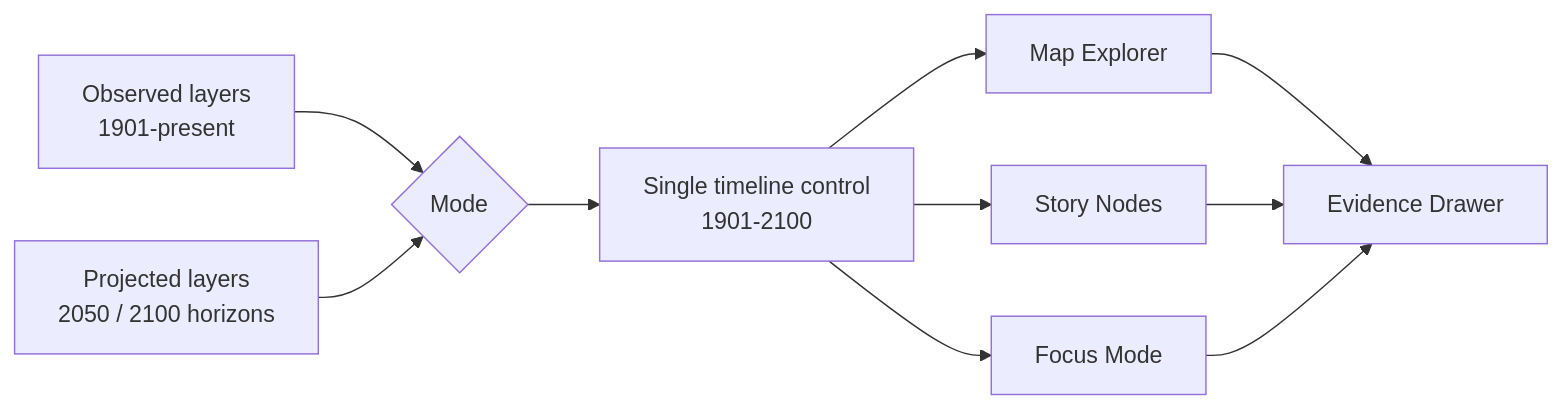
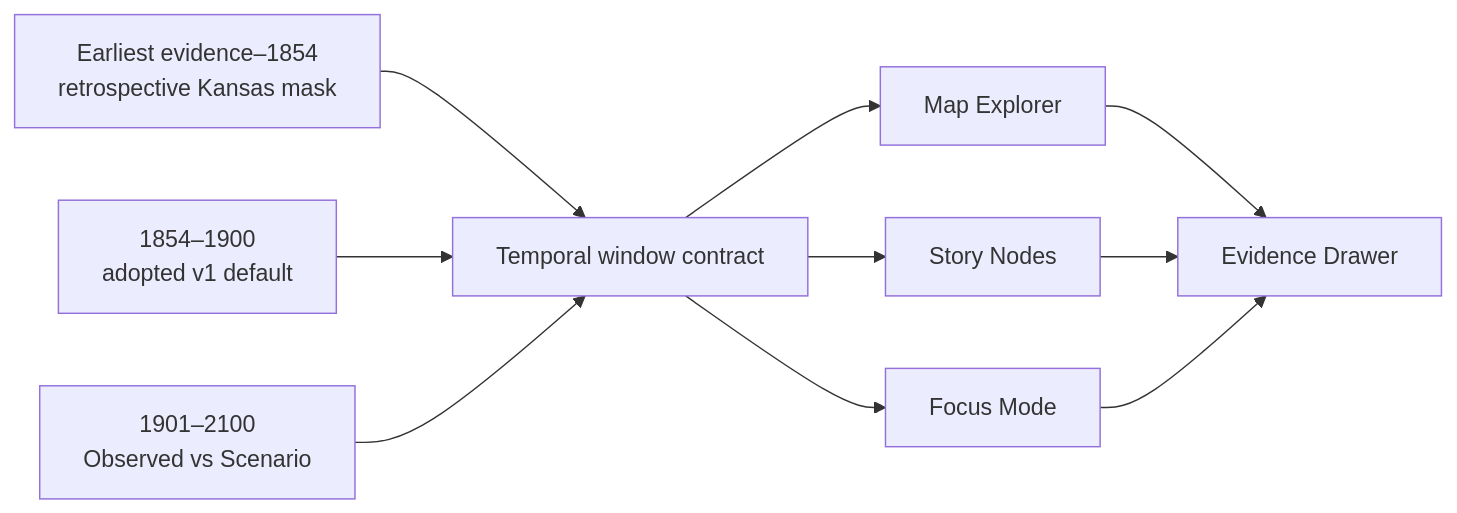
The second of 2 diagrams in README.md (bartytime4life/Kansas-Frontier-Matrix), drawn with Mermaid before and after one commit. The commit also changed other lines of this file, not shown here.

First line of the commit message:
Revise README for ownership and temporal window details

````diff
--- a/README.md
+++ b/README.md
@@ -276,12 +277,12 @@
 ```mermaid
 flowchart LR
-    A[Observed layers<br/>1901-present] --> B{Mode}
-    C[Projected layers<br/>2050 / 2100 horizons] --> B
-    B --> D[Single timeline control<br/>1901-2100]
-    D --> E[Map Explorer]
-    D --> F[Story Nodes]
-    D --> G[Focus Mode]
-    E --> H[Evidence Drawer]
-    F --> H
-    G --> H
+    A[Earliest evidence–1854<br/>retrospective Kansas mask] --> T[Temporal window contract]
+    B[1854–1900<br/>adopted v1 default] --> T
+    C[1901–2100<br/>Observed vs Scenario] --> T
+    T --> M[Map Explorer]
+    T --> S[Story Nodes]
+    T --> F[Focus Mode]
+    M --> E[Evidence Drawer]
+    S --> E
+    F --> E
 ```
````
